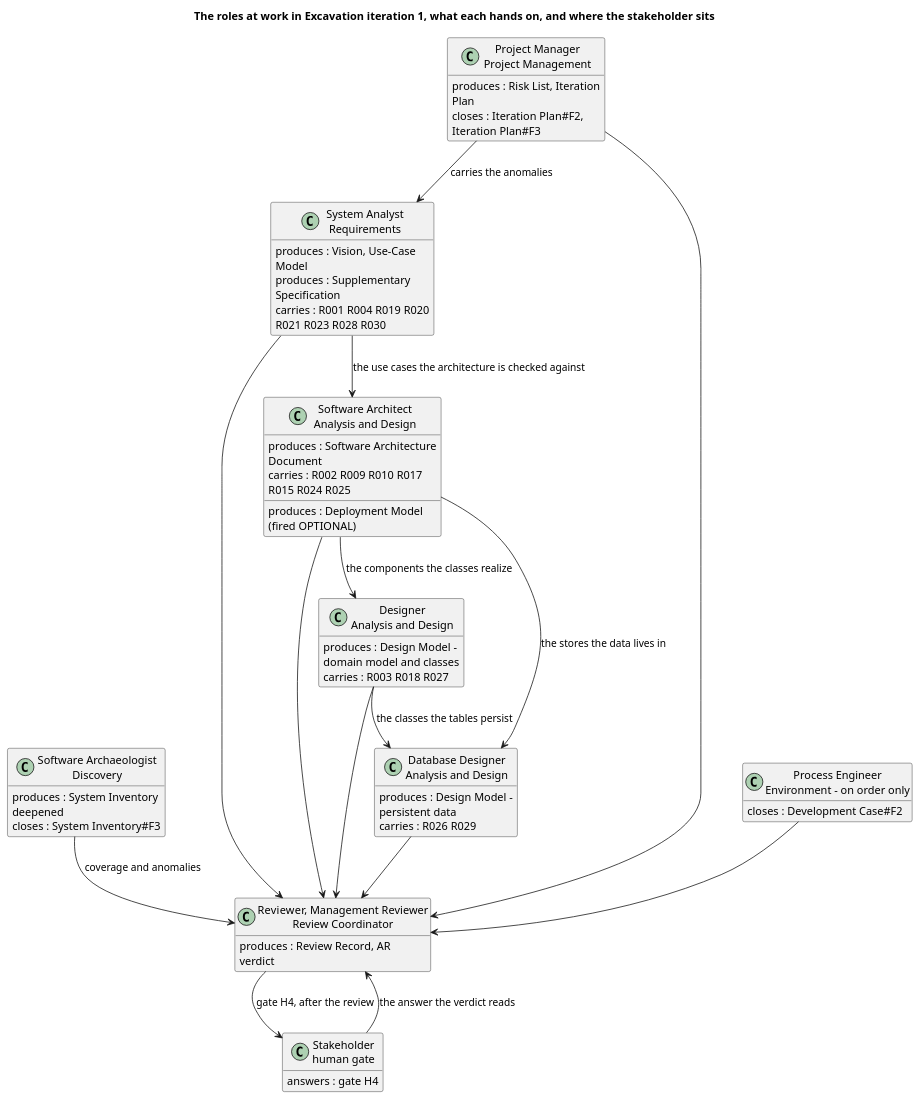
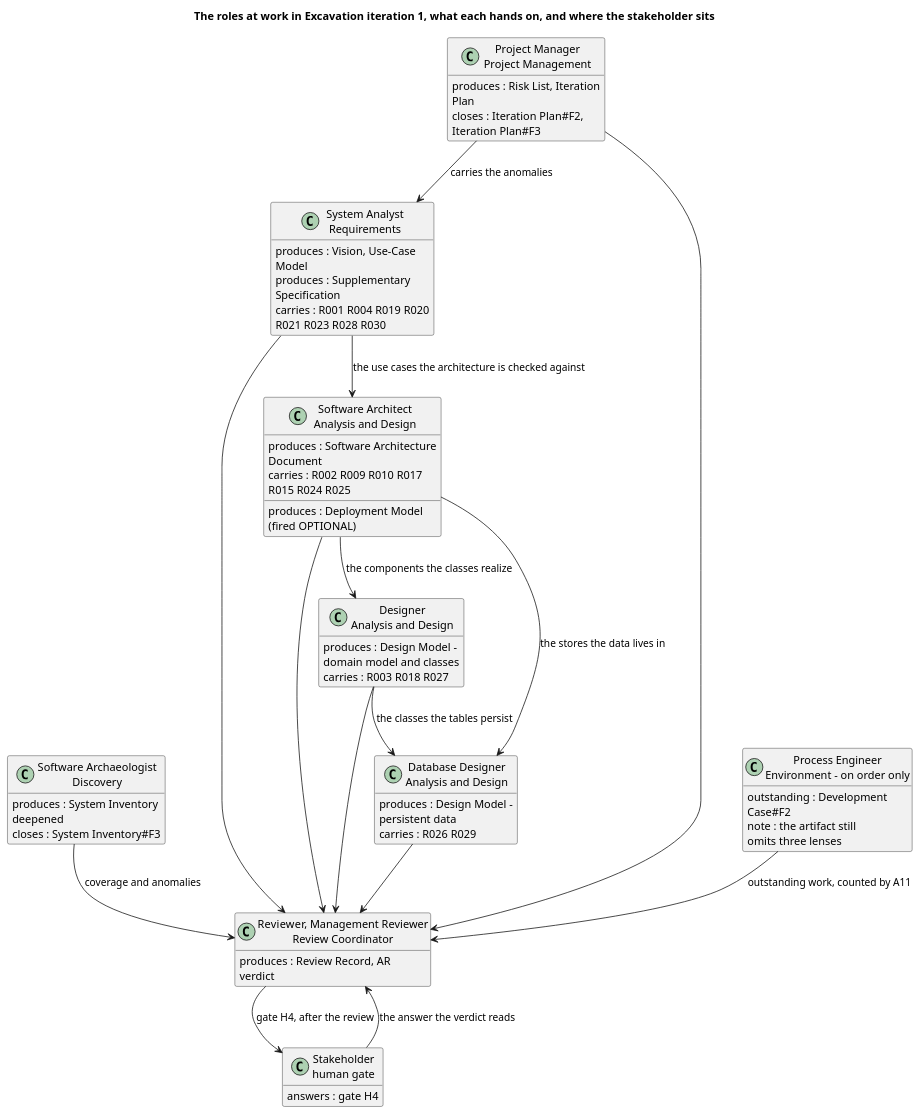
One commit to banense-test/TodoApp changed the fourth of 5 diagrams in docs/artifacts/project-management/iteration-plan.md. Above: the diagram before and after it, drawn with PlantUML. The commit also changed other lines of this file, not shown here.

Commit message:
Project Manager [Excavation1]: upsert Iteration Plan
[skip ci]

````diff
--- a/docs/artifacts/project-management/iteration-plan.md
+++ b/docs/artifacts/project-management/iteration-plan.md
@@ -304,61 +304,63 @@
 ```plantuml
 @startuml
 title The roles at work in Excavation iteration 1, what each hands on, and where the stakeholder sits
 
 skinparam shadowing false
 skinparam classAttributeIconSize 0
 hide empty members
 skinparam wrapWidth 220
 
 class "System Analyst\nRequirements" as SA {
   produces : Vision, Use-Case Model
   produces : Supplementary Specification
   carries : R001 R004 R019 R020 R021 R023 R028 R030
 }
 class "Software Architect\nAnalysis and Design" as AR {
   produces : Software Architecture Document
   produces : Deployment Model (fired OPTIONAL)
   carries : R002 R009 R010 R017 R015 R024 R025
 }
 class "Designer\nAnalysis and Design" as DE {
   produces : Design Model - domain model and classes
   carries : R003 R018 R027
 }
 class "Database Designer\nAnalysis and Design" as DB {
   produces : Design Model - persistent data
   carries : R026 R029
 }
 class "Software Archaeologist\nDiscovery" as SWA {
   produces : System Inventory deepened
   closes : System Inventory#F3
 }
 class "Project Manager\nProject Management" as PM {
   produces : Risk List, Iteration Plan
   closes : Iteration Plan#F2, Iteration Plan#F3
 }
 class "Process Engineer\nEnvironment - on order only" as PE {
-  closes : Development Case#F2
+  outstanding : Development Case#F2
+  note : the artifact still
+  omits three lenses
 }
 class "Reviewer, Management Reviewer\nReview Coordinator" as REV {
   produces : Review Record, AR verdict
 }
 class "Stakeholder\nhuman gate" as SH {
   answers : gate H4
 }
 
 PM --> SA : carries the anomalies
 SA --> AR : the use cases the architecture is checked against
 AR --> DE : the components the classes realize
 AR --> DB : the stores the data lives in
 DE --> DB : the classes the tables persist
 SWA --> REV : coverage and anomalies
 SA --> REV
 AR --> REV
 DE --> REV
 DB --> REV
 PM --> REV
-PE --> REV
+PE --> REV : outstanding work, counted by A11
 REV --> SH : gate H4, after the review
 SH --> REV : the answer the verdict reads
 @enduml
 ```
````
